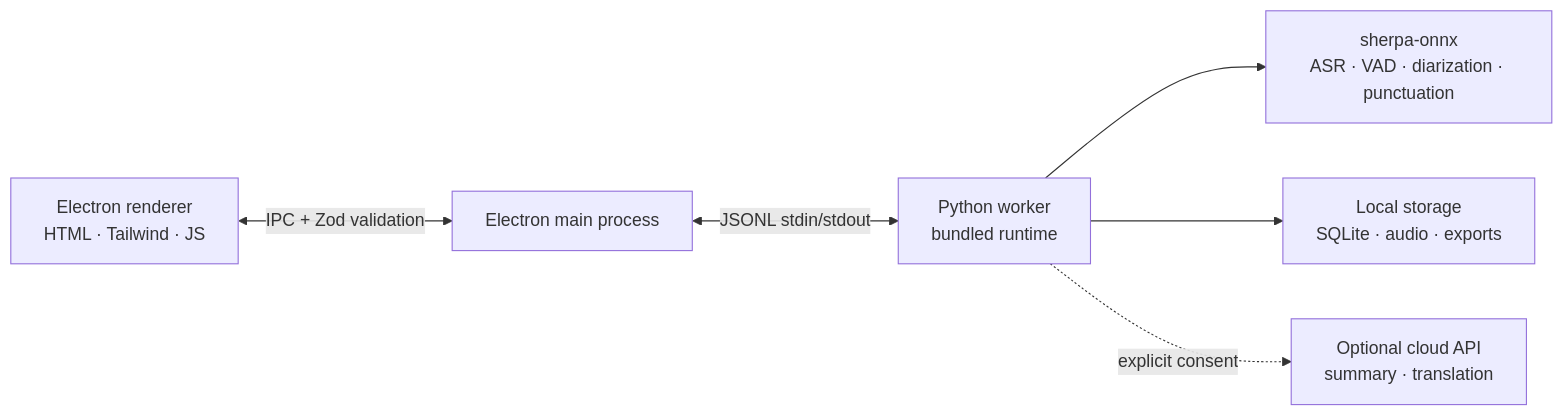
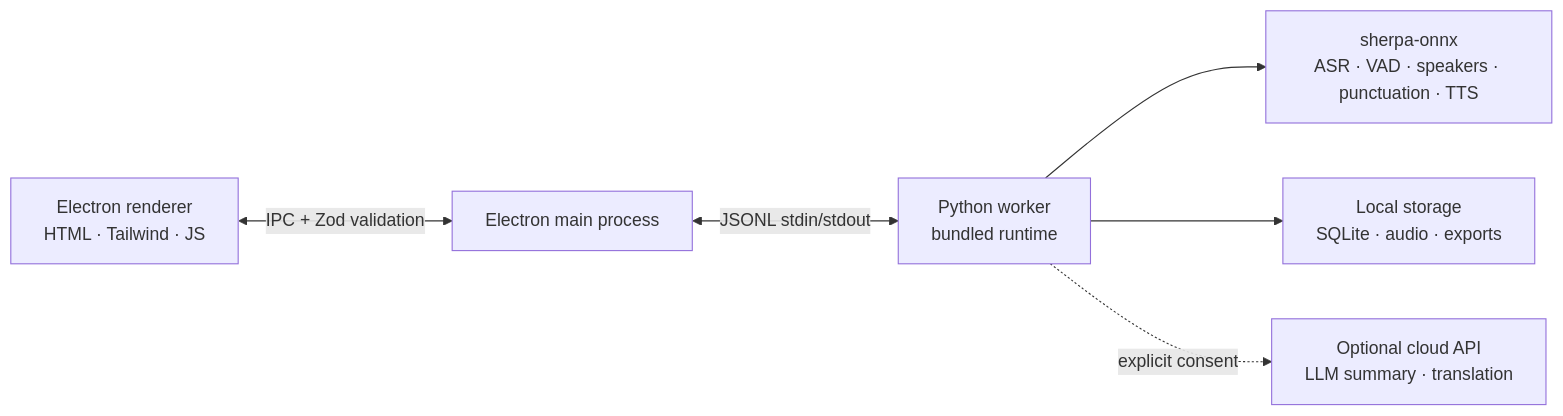
Before and after one commit to zerolovesea/Brevia: the diagram in README.md, drawn with Mermaid. The commit also changed other lines of this file and 44 other files, not shown here.

````diff
--- a/README.md
+++ b/README.md
@@ -55,8 +76,8 @@
 ```mermaid
 flowchart LR
   A[Electron renderer<br/>HTML · Tailwind · JS] <-->|IPC + Zod validation| B[Electron main process]
   B <-->|JSONL stdin/stdout| C[Python worker<br/>bundled runtime]
-  C --> D[sherpa-onnx<br/>ASR · VAD · diarization · punctuation]
+  C --> D[sherpa-onnx<br/>ASR · VAD · speakers · punctuation · TTS]
   C --> E[Local storage<br/>SQLite · audio · exports]
-  C -. explicit consent .-> F[Optional cloud API<br/>summary · translation]
+  C -. explicit consent .-> F[Optional cloud API<br/>LLM summary · translation]
 ```
````
